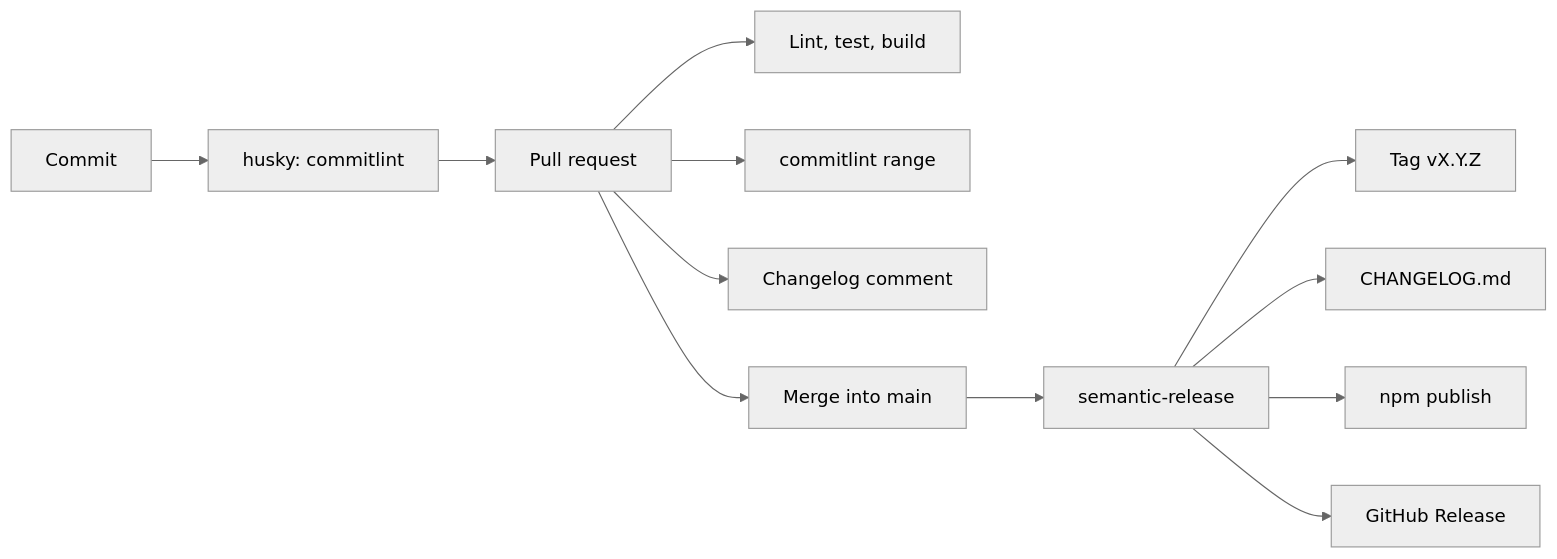
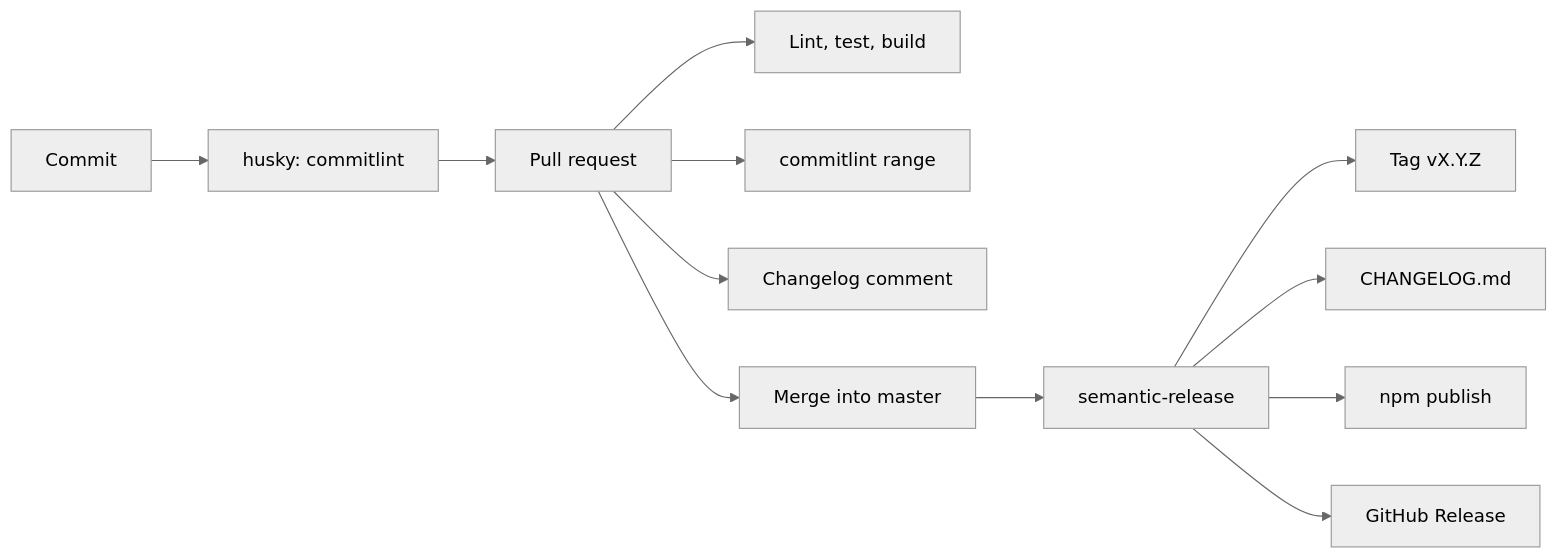
One commit to wovka27/frontend-api-core changed the diagram in docs/commits.md. Above: the diagram before and after it, drawn with Mermaid (neutral theme). The commit also changed other lines of this file and 6 other files, not shown here.

Commit message:
ci: release from the master branch

````diff
--- a/docs/commits.md
+++ b/docs/commits.md
@@ -9,25 +9,25 @@
 ```mermaid
 flowchart LR
   commit[Commit]
   hook[husky: commitlint]
   pr[Pull request]
   ci[Lint, test, build]
   lintc[commitlint range]
   notes[Changelog comment]
-  main[Merge into main]
+  master[Merge into master]
   release[semantic-release]
   tag[Tag vX.Y.Z]
   log[CHANGELOG.md]
   npm[npm publish]
   gh[GitHub Release]
 
   commit --> hook --> pr
   pr --> ci
   pr --> lintc
   pr --> notes
-  pr --> main --> release
+  pr --> master --> release
   release --> tag
   release --> log
   release --> npm
   release --> gh
 ```
````
